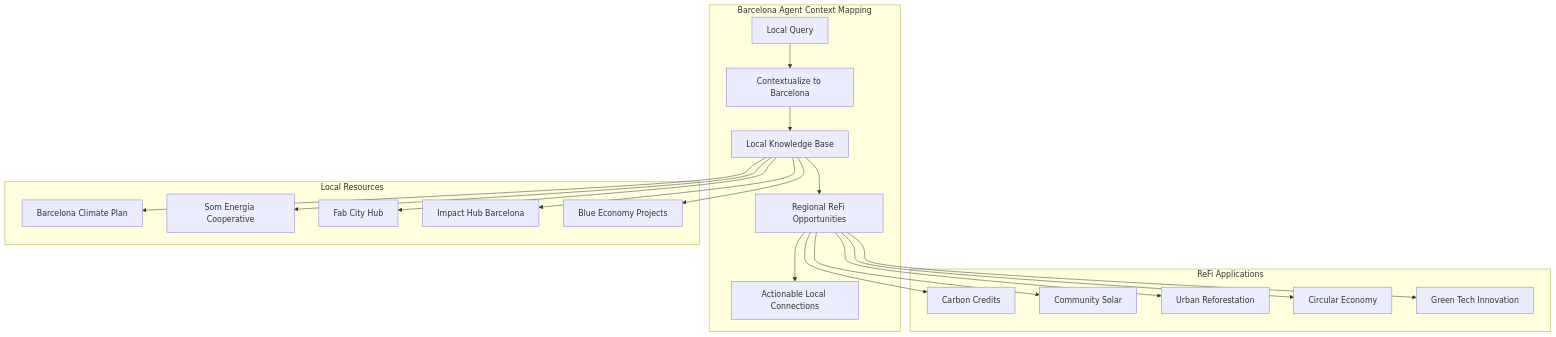
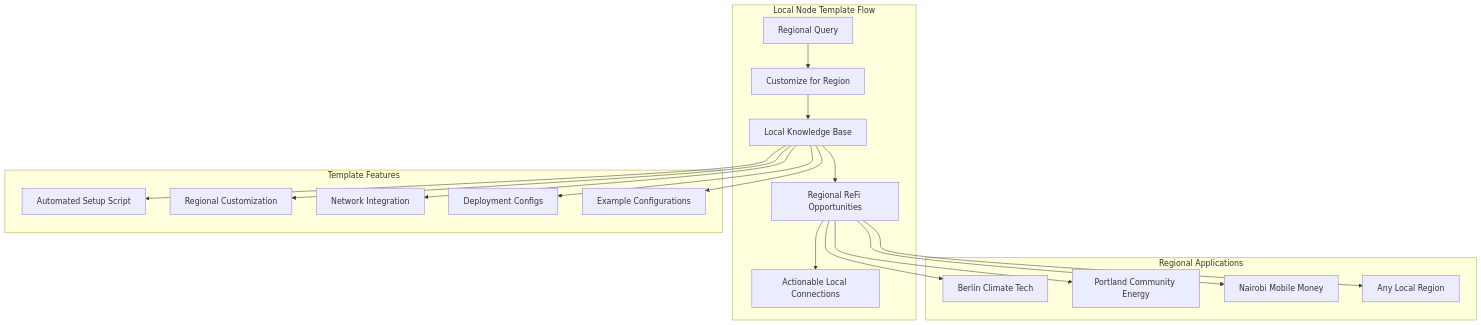
One commit to ReFiDAO/regen_eliza-refi_dao changed the third of 10 diagrams in README_full.md. Above: the diagram before and after it, drawn with Mermaid. The commit also changed other lines of this file and 1 other file, not shown here.

First line of the commit message:
docs: simplify and reorganize Mermaid diagrams for better clarity

````diff
--- a/README_full.md
+++ b/README_full.md
@@ -190,37 +207,35 @@
 ```mermaid
 graph TD
-    subgraph "Barcelona Agent Context Mapping"
-        Q[Local Query] --> C[Contextualize to Barcelona]
+    subgraph "Local Node Template Flow"
+        Q[Regional Query] --> C[Customize for Region]
         C --> L[Local Knowledge Base]
         L --> R[Regional ReFi Opportunities]
         R --> A[Actionable Local Connections]
     end
     
-    subgraph "Local Resources"
-        L1[Barcelona Climate Plan]
-        L2[Som Energia Cooperative]
-        L3[Fab City Hub]
-        L4[Impact Hub Barcelona]
-        L5[Blue Economy Projects]
+    subgraph "Template Features"
+        T1[Automated Setup Script]
+        T2[Regional Customization]
+        T3[Network Integration]
+        T4[Deployment Configs]
+        T5[Example Configurations]
     end
     
-    subgraph "ReFi Applications"
-        R1[Carbon Credits]
-        R2[Community Solar]
-        R3[Urban Reforestation]
-        R4[Circular Economy]
-        R5[Green Tech Innovation]
+    subgraph "Regional Applications"
+        R1[Berlin Climate Tech]
+        R2[Portland Community Energy]
+        R3[Nairobi Mobile Money]
+        R4[Any Local Region]
     end
     
-    L --> L1
-    L --> L2
-    L --> L3
-    L --> L4
-    L --> L5
+    L --> T1
+    L --> T2
+    L --> T3
+    L --> T4
+    L --> T5
     
     R --> R1
     R --> R2
     R --> R3
     R --> R4
-    R --> R5
 ```
````
